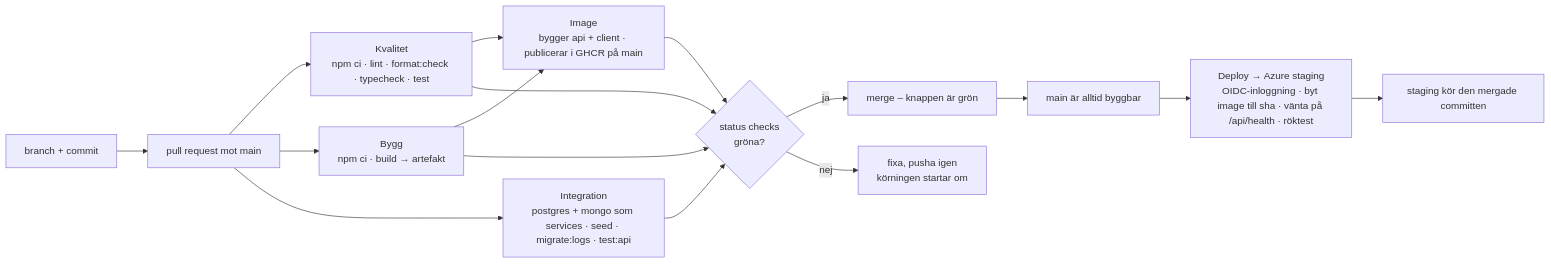
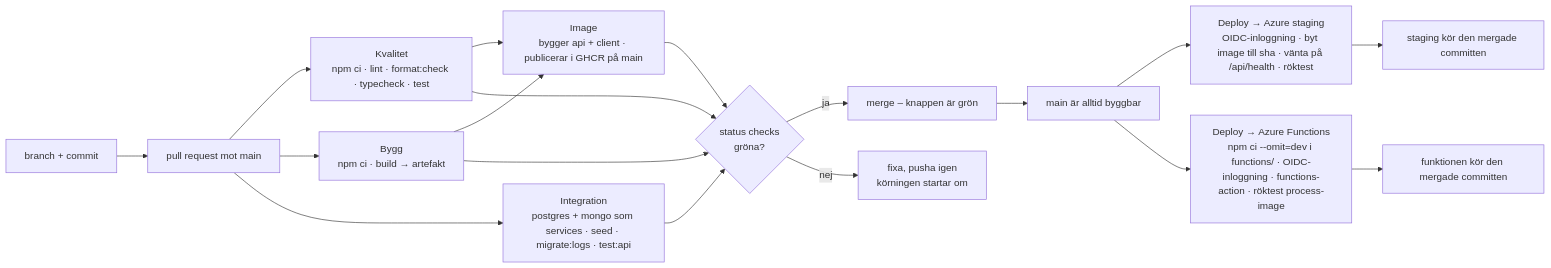
The diagram in docs/pipeline.md (jonatanhallenberg/utpost-cloud-provkorning), drawn with Mermaid before and after one commit. The commit also changed other lines of this file and 42 other files, not shown here.

Commit message:
M7: bildfunktionen och Deploy → Azure Functions (provkörning)

````diff
--- a/docs/pipeline.md
+++ b/docs/pipeline.md
@@ -7,18 +7,20 @@
 ```mermaid
 flowchart LR
   B[branch + commit] --> PR[pull request mot main]
   PR --> Q[Kvalitet<br/>npm ci · lint · format:check · typecheck · test]
   PR --> BU[Bygg<br/>npm ci · build → artefakt]
   PR --> I[Integration<br/>postgres + mongo som services · seed · migrate:logs · test:api]
   Q --> IM[Image<br/>bygger api + client · publicerar i GHCR på main]
   BU --> IM
   Q --> S{status checks<br/>gröna?}
   BU --> S
   I --> S
   IM --> S
   S -->|ja| M[merge – knappen är grön]
   S -->|nej| F[fixa, pusha igen<br/>körningen startar om]
   M --> MAIN[main är alltid byggbar]
   MAIN --> D[Deploy → Azure staging<br/>OIDC-inloggning · byt image till sha · vänta på /api/health · röktest]
   D --> ST[staging kör den mergade committen]
+  MAIN --> DF[Deploy → Azure Functions<br/>npm ci --omit=dev i functions/ · OIDC-inloggning · functions-action · röktest process-image]
+  DF --> FN[funktionen kör den mergade committen]
 ```
````
